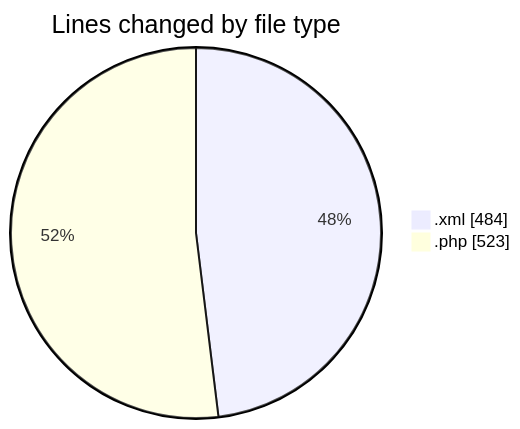
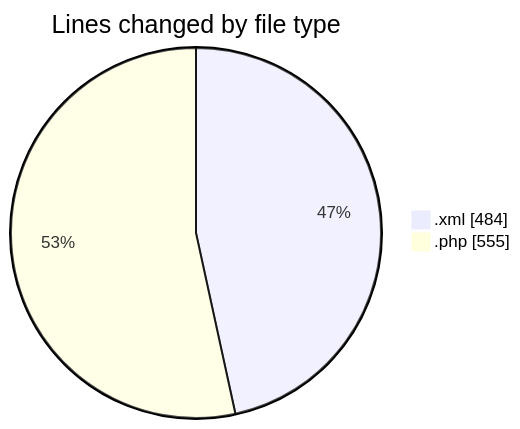
Before and after one commit to vahidmafi/code-tracking: the first of 2 diagrams in 2025-04-24/zeytoon/README.md, drawn with Mermaid. The commit also changed other lines of this file and 1 other file, not shown here.

````diff
--- a/2025-04-24/zeytoon/README.md
+++ b/2025-04-24/zeytoon/README.md
@@ -21,6 +21,6 @@
 ```mermaid
 pie showData
 title Lines changed by file type
 ".xml" : 484
-".php" : 523
+".php" : 555
 ```
````
